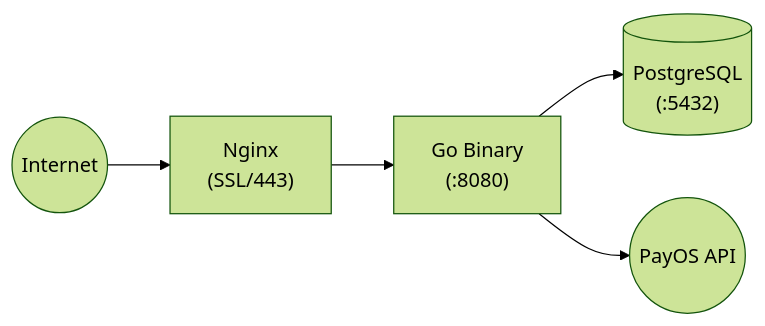
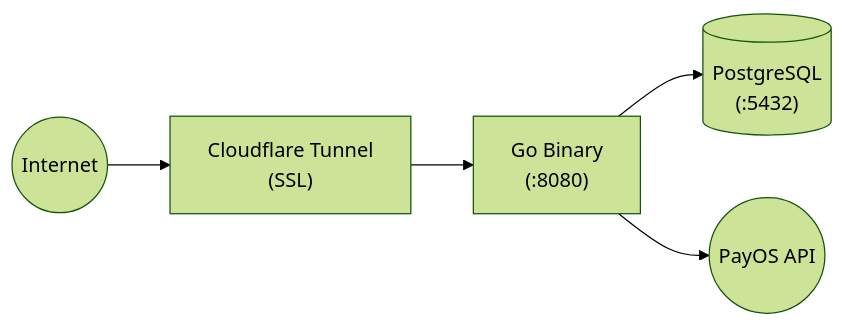
The ninth of 10 diagrams in docs/technical/ARCHITECTURE.md (nhannht/viecz), drawn with Mermaid (forest theme) before and after one commit. The commit also changed other lines of this file and 8 other files, not shown here.

````diff
--- a/docs/technical/ARCHITECTURE.md
+++ b/docs/technical/ARCHITECTURE.md
@@ -864,13 +877,13 @@
 ```mermaid
 graph LR
     Internet(("Internet"))
-    Nginx["Nginx<br/>(SSL/443)"]
+    Cloudflare["Cloudflare Tunnel<br/>(SSL)"]
     GoBinary["Go Binary<br/>(:8080)"]
     PostgreSQL[("PostgreSQL<br/>(:5432)")]
     PayOS(("PayOS API"))
 
-    Internet --> Nginx
-    Nginx --> GoBinary
+    Internet --> Cloudflare
+    Cloudflare --> GoBinary
     GoBinary --> PostgreSQL
     GoBinary --> PayOS
 ```
````
